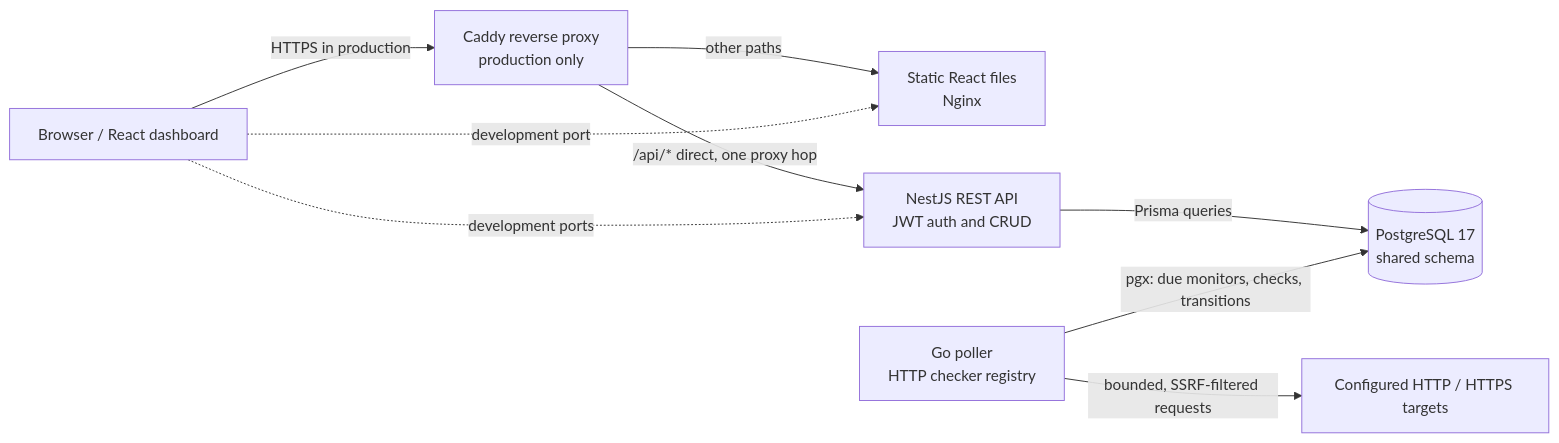
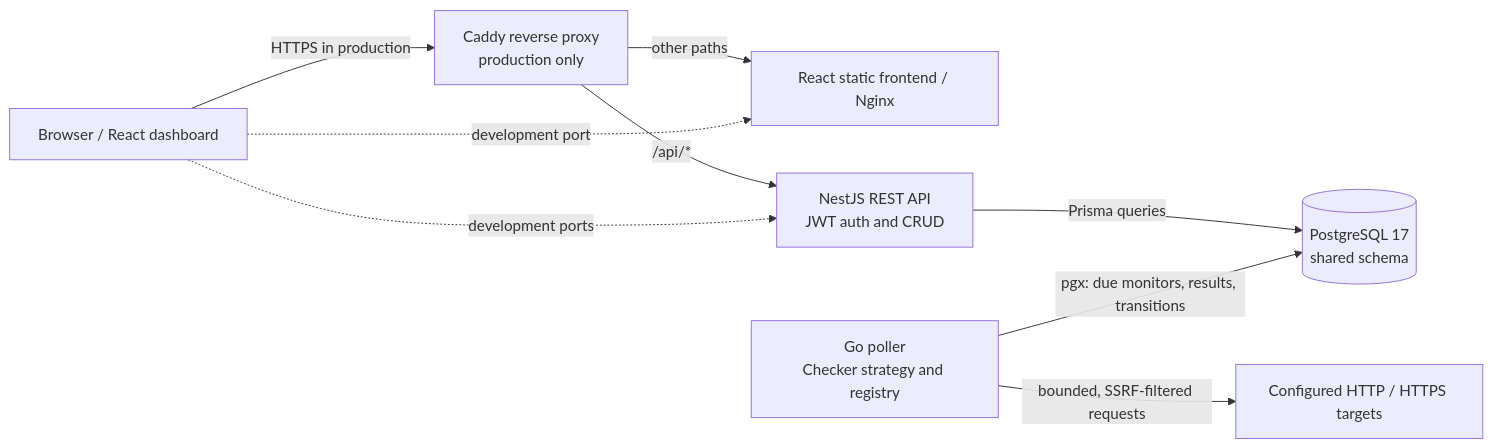
The diagram in README.md (EliottV17/sentinel-project), drawn with Mermaid before and after one commit. The commit also changed other lines of this file and 2 other files, not shown here.

````diff
--- a/README.md
+++ b/README.md
@@ -25,19 +35,19 @@
 ```mermaid
 flowchart LR
   Browser[Browser / React dashboard]
-  Edge[Caddy reverse proxy<br/>production only]
-  Frontend[Static React files<br/>Nginx]
+  Caddy[Caddy reverse proxy<br/>production only]
+  Frontend[React static frontend / Nginx]
   API[NestJS REST API<br/>JWT auth and CRUD]
-  Worker[Go poller<br/>HTTP checker registry]
+  Worker[Go poller<br/>Checker strategy and registry]
   DB[(PostgreSQL 17<br/>shared schema)]
   Targets[Configured HTTP / HTTPS targets]
 
-  Browser -->|HTTPS in production| Edge
-  Edge -->|/api/* direct, one proxy hop| API
-  Edge -->|other paths| Frontend
+  Browser -->|HTTPS in production| Caddy
+  Caddy -->|/api/*| API
+  Caddy -->|other paths| Frontend
   Browser -. development ports .-> API
   Browser -. development port .-> Frontend
   API -->|Prisma queries| DB
-  Worker -->|pgx: due monitors, checks, transitions| DB
+  Worker -->|pgx: due monitors, results, transitions| DB
   Worker -->|bounded, SSRF-filtered requests| Targets
 ```
````
